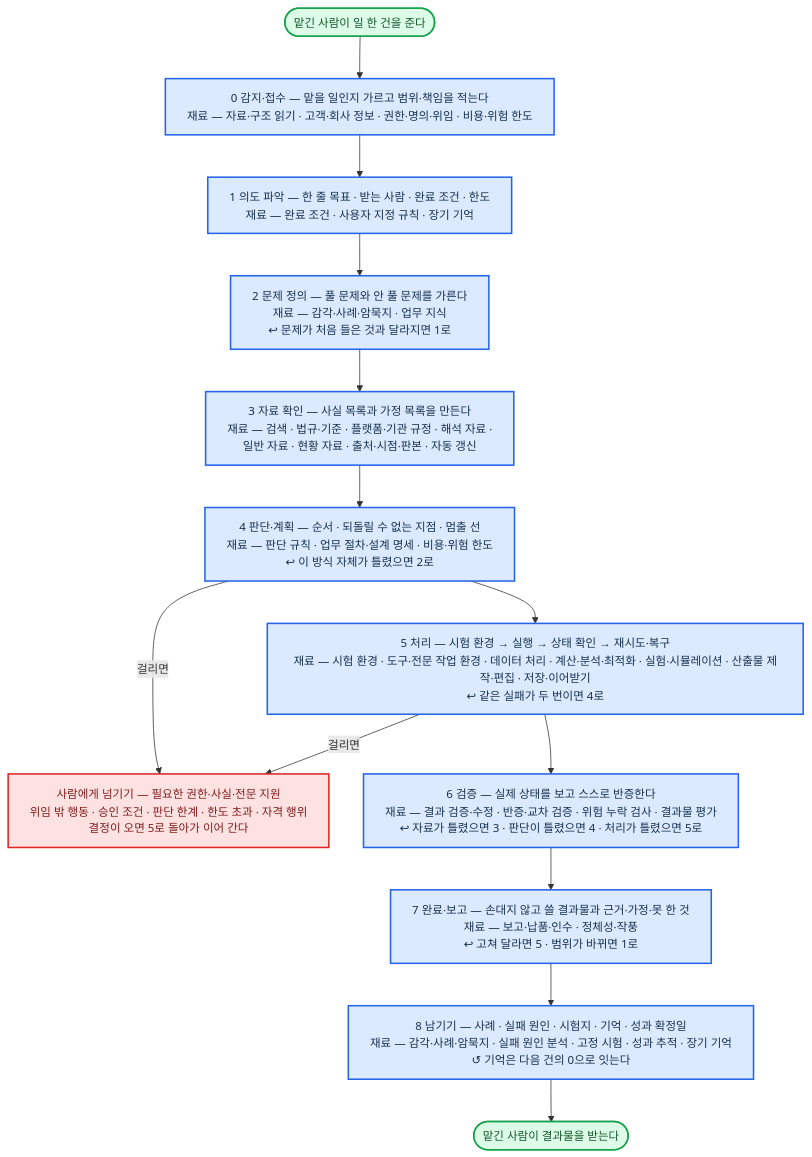
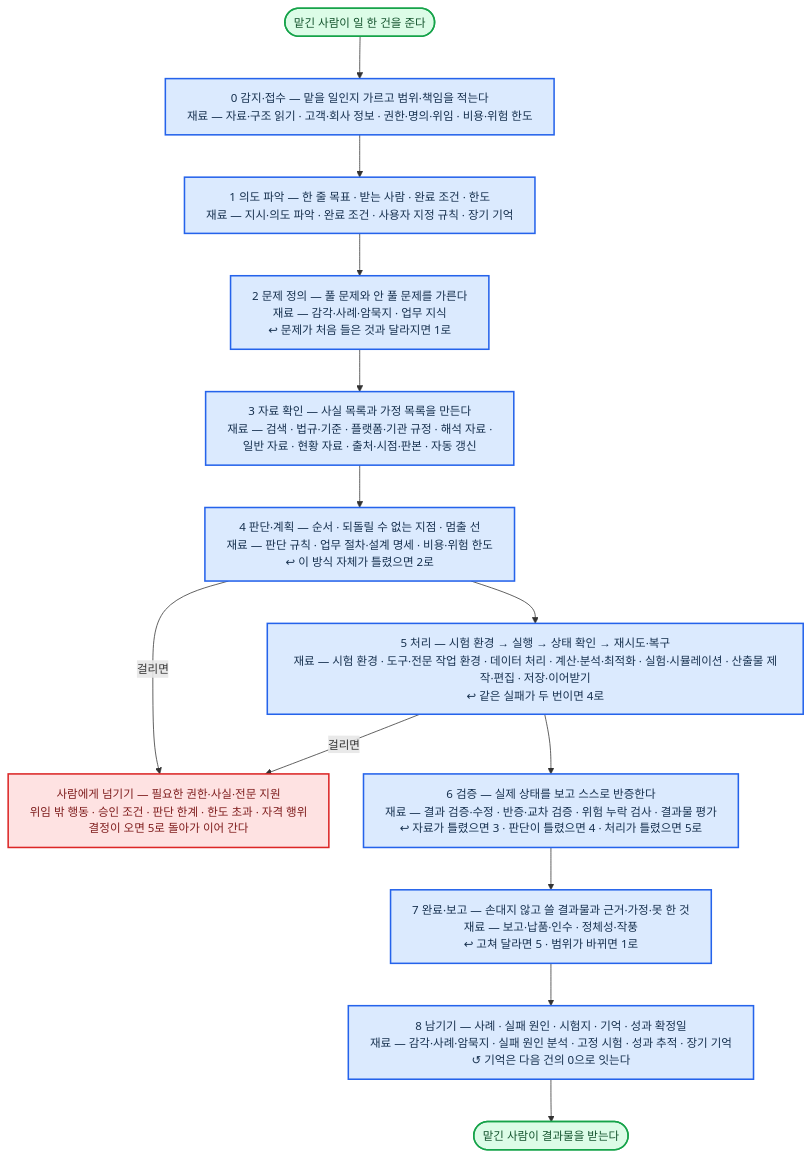
Before and after one commit to harisbaguette/expert: diagram 21 of 43 in 전문가 에이전트 정의 2.md, drawn with Mermaid. The commit also changed other lines of this file and 2 other files, not shown here.

````diff
--- a/전문가 에이전트 정의 2.md
+++ b/전문가 에이전트 정의 2.md
@@ -3639,22 +3640,22 @@
 ```mermaid
 %%{init: {"flowchart": {"wrappingWidth": 640, "curve": "basis", "nodeSpacing": 45, "rankSpacing": 55, "padding": 14, "useMaxWidth": true}, "themeVariables": {"fontSize": "15px"}} }%%
 flowchart TB
     U(["맡긴 사람이 일 한 건을 준다"]):::good
     P0["0 감지·접수 — 맡을 일인지 가르고 범위·책임을 적는다<br/>재료 — 자료·구조 읽기 · 고객·회사 정보 · 권한·명의·위임 · 비용·위험 한도"]:::main
-    P1["1 의도 파악 — 한 줄 목표 · 받는 사람 · 완료 조건 · 한도<br/>재료 — 완료 조건 · 사용자 지정 규칙 · 장기 기억"]:::main
+    P1["1 의도 파악 — 한 줄 목표 · 받는 사람 · 완료 조건 · 한도<br/>재료 — 지시·의도 파악 · 완료 조건 · 사용자 지정 규칙 · 장기 기억"]:::main
     P2["2 문제 정의 — 풀 문제와 안 풀 문제를 가른다<br/>재료 — 감각·사례·암묵지 · 업무 지식<br/>↩ 문제가 처음 들은 것과 달라지면 1로"]:::main
     P3["3 자료 확인 — 사실 목록과 가정 목록을 만든다<br/>재료 — 검색 · 법규·기준 · 플랫폼·기관 규정 · 해석 자료 ·<br/>일반 자료 · 현황 자료 · 출처·시점·판본 · 자동 갱신"]:::main
     P4["4 판단·계획 — 순서 · 되돌릴 수 없는 지점 · 멈출 선<br/>재료 — 판단 규칙 · 업무 절차·설계 명세 · 비용·위험 한도<br/>↩ 이 방식 자체가 틀렸으면 2로"]:::main
     P5["5 처리 — 시험 환경 → 실행 → 상태 확인 → 재시도·복구<br/>재료 — 시험 환경 · 도구·전문 작업 환경 · 데이터 처리 · 계산·분석·최적화 · 실험·시뮬레이션 · 산출물 제작·편집 · 저장·이어받기<br/>↩ 같은 실패가 두 번이면 4로"]:::main
     H["사람에게 넘기기 — 필요한 권한·사실·전문 지원<br/>위임 밖 행동 · 승인 조건 · 판단 한계 · 한도 초과 · 자격 행위<br/>결정이 오면 5로 돌아가 이어 간다"]:::stop
     P6["6 검증 — 실제 상태를 보고 스스로 반증한다<br/>재료 — 결과 검증·수정 · 반증·교차 검증 · 위험 누락 검사 · 결과물 평가<br/>↩ 자료가 틀렸으면 3 · 판단이 틀렸으면 4 · 처리가 틀렸으면 5로"]:::main
     P7["7 완료·보고 — 손대지 않고 쓸 결과물과 근거·가정·못 한 것<br/>재료 — 보고·납품·인수 · 정체성·작풍<br/>↩ 고쳐 달라면 5 · 범위가 바뀌면 1로"]:::main
     P8["8 남기기 — 사례 · 실패 원인 · 시험지 · 기억 · 성과 확정일<br/>재료 — 감각·사례·암묵지 · 실패 원인 분석 · 고정 시험 · 성과 추적 · 장기 기억<br/>↺ 기억은 다음 건의 0으로 잇는다"]:::main
     OUT(["맡긴 사람이 결과물을 받는다"]):::good
     U --> P0 --> P1 --> P2 --> P3 --> P4 --> P5 --> P6 --> P7 --> P8 --> OUT
     P4 -- "걸리면" --> H
     P5 -- "걸리면" --> H
     classDef main fill:#dbeafe,stroke:#2563eb,stroke-width:2px,color:#17314f
     classDef stop fill:#fee2e2,stroke:#dc2626,stroke-width:2px,color:#7f1d1d
     classDef good fill:#dcfce7,stroke:#16a34a,stroke-width:2px,color:#14532d
 ```
````
